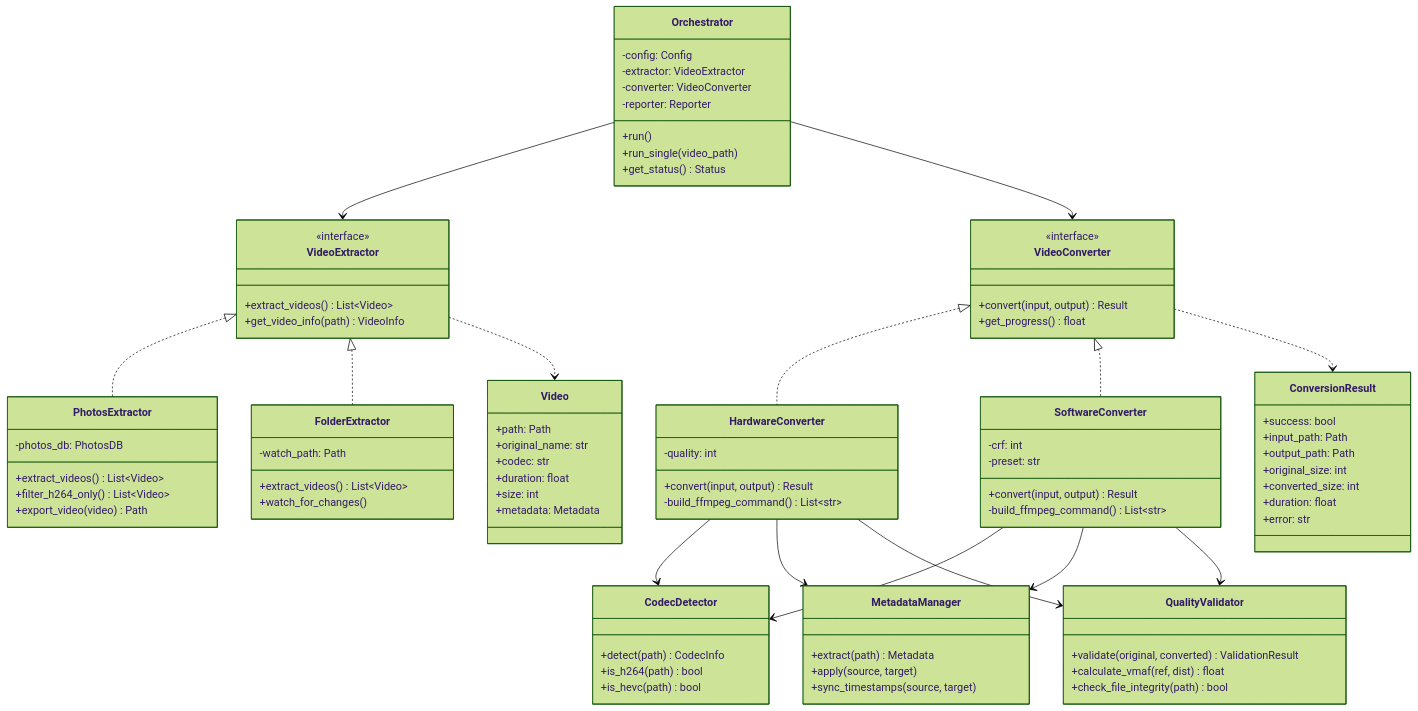
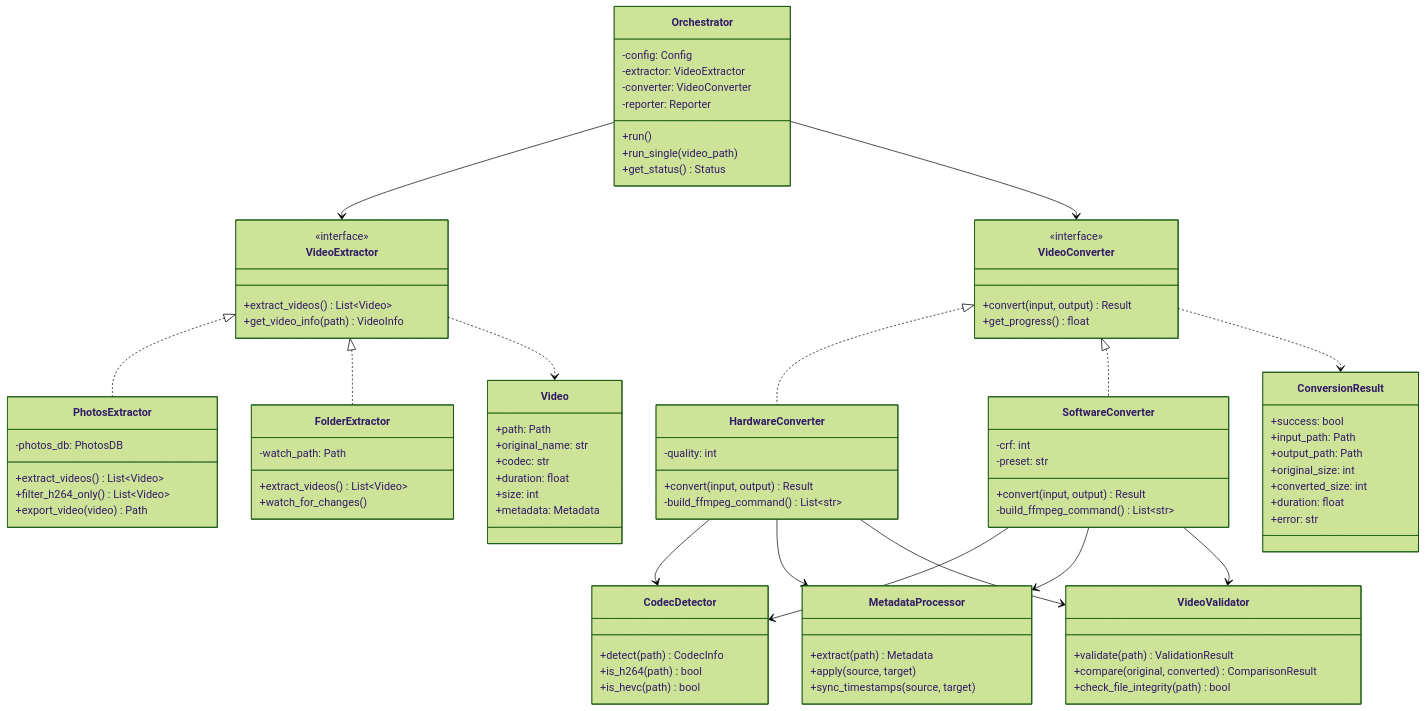
One commit to kcenon/video_converter changed the fourth of 8 diagrams in docs/architecture/01-system-architecture.ko.md. Above: the diagram before and after it, drawn with Mermaid (forest theme). The commit also changed other lines of this file, not shown here.

First line of the commit message:
docs(architecture): align file and class names with implementation (#198)

````diff
--- a/docs/architecture/01-system-architecture.ko.md
+++ b/docs/architecture/01-system-architecture.ko.md
@@ -241,15 +245,15 @@
         +is_hevc(path) bool
     }
 
-    class MetadataManager {
+    class MetadataProcessor {
         +extract(path) Metadata
         +apply(source, target)
         +sync_timestamps(source, target)
     }
 
-    class QualityValidator {
-        +validate(original, converted) ValidationResult
-        +calculate_vmaf(ref, dist) float
+    class VideoValidator {
+        +validate(path) ValidationResult
+        +compare(original, converted) ComparisonResult
         +check_file_integrity(path) bool
     }
 
@@ -280,10 +284,10 @@
     VideoConverter <|.. SoftwareConverter
     HardwareConverter --> CodecDetector
     SoftwareConverter --> CodecDetector
-    HardwareConverter --> MetadataManager
-    SoftwareConverter --> MetadataManager
-    HardwareConverter --> QualityValidator
-    SoftwareConverter --> QualityValidator
+    HardwareConverter --> MetadataProcessor
+    SoftwareConverter --> MetadataProcessor
+    HardwareConverter --> VideoValidator
+    SoftwareConverter --> VideoValidator
     VideoExtractor ..> Video
     VideoConverter ..> ConversionResult
 ```
````
